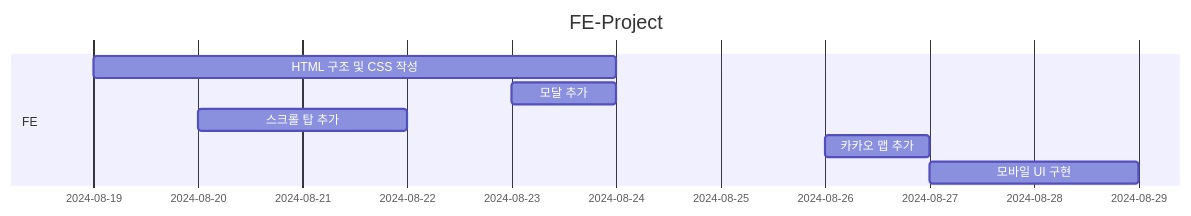
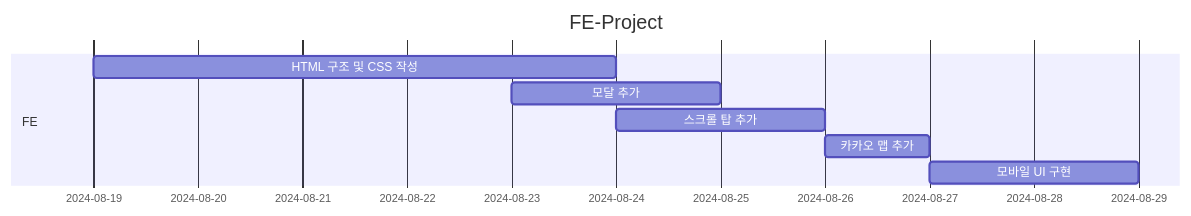
The diagram in README.md (kkwggwp/kkwggwp.github.io), drawn with Mermaid before and after one commit.

````diff
--- a/README.md
+++ b/README.md
@@ -55,14 +55,14 @@
 ```mermaid
 gantt
     title FE-Project
     dateFormat YYYY-MM-DD
     axisFormat  %Y-%m-%d
     
     section FE
         HTML 구조 및 CSS 작성:2024-08-19, 5d
-        모달 추가:2024-08-23, 1d
-        스크롤 탑 추가:2024-08-20, 2d
+        모달 추가:2024-08-23, 2d
+        스크롤 탑 추가:2024-08-24, 2d
         카카오 맵 추가:2024-08-26, 1d
         모바일 UI 구현:2024-08-27, 2d
        
 ```
````
